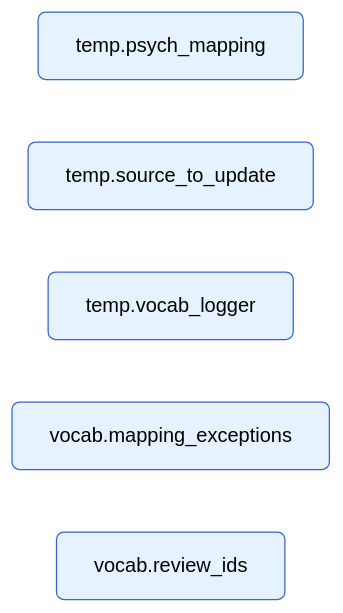
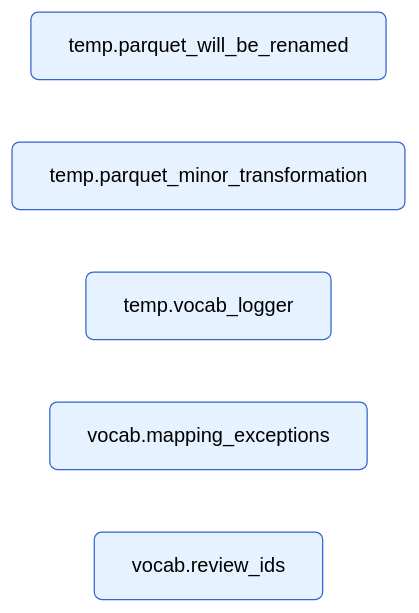
Before and after one commit to Emory-OMOP/CVB: the third of 6 diagrams in PSYCHIATRY/Builder/sql/readme.md, drawn with Mermaid (neutral theme). The commit also changed other lines of this file, not shown here.

Commit message:
Rename tables in readme

````diff
--- a/PSYCHIATRY/Builder/sql/readme.md
+++ b/PSYCHIATRY/Builder/sql/readme.md
@@ -88,15 +88,15 @@
 ```mermaid
 %% Column-level lineage: source-ddl.sql (Step 2)
 %% Pure DDL – creates tables. No column-level lineage from Step 1.
 
 flowchart LR
-  T_PM[temp.psych_mapping]:::table
-  T_STU[temp.source_to_update]:::table
+  T_PM[temp.parquet_will_be_renamed]:::table
+  T_STU[temp.parquet_minor_transformation]:::table
   T_VL[temp.vocab_logger]:::table
   T_ME[vocab.mapping_exceptions]:::table
   T_RI[vocab.review_ids]:::table
 
   classDef table fill:#e6f2ff,stroke:#3366cc,stroke-width:1px,color:#000,rx:6,ry:6;
   classDef const fill:#fff2cc,stroke:#cc9900,stroke-width:1px,color:#000,rx:4,ry:4;
   classDef file fill:#e6ffe6,stroke:#339933,stroke-width:1px,color:#000,rx:4,ry:4;
 ```
````
